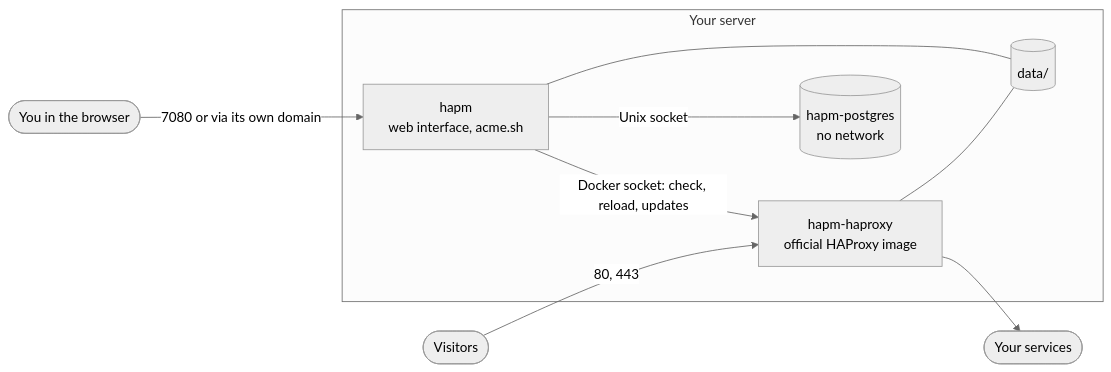
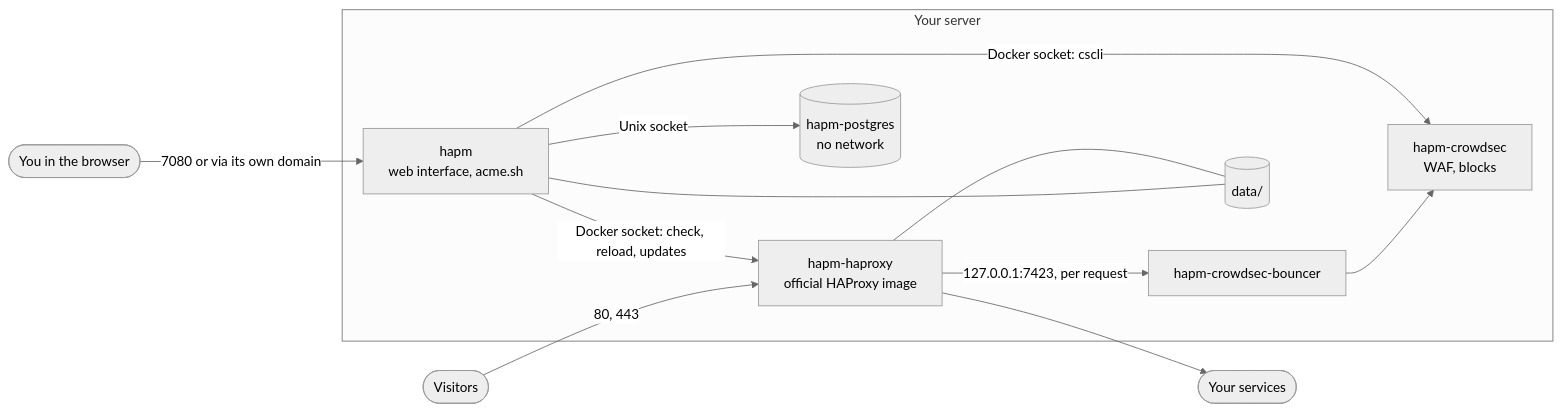
The diagram in README.en.md (tjorvenhu/HAPM), drawn with Mermaid (neutral theme) before and after one commit. The commit also changed other lines of this file and 100 other files, not shown here.

````diff
--- a/README.en.md
+++ b/README.en.md
@@ -423,18 +556,23 @@
 ```mermaid
 flowchart LR
     Visitors([Visitors]) -->|80, 443| HAProxy
     Admin([You in the browser]) -->|7080 or via its own domain| HAPM
 
     subgraph Server["Your server"]
         HAProxy["hapm-haproxy<br/>official HAProxy image"]
         HAPM["hapm<br/>web interface, acme.sh"]
         Postgres[("hapm-postgres<br/>no network")]
+        Bouncer["hapm-crowdsec-bouncer"]
+        CrowdSec["hapm-crowdsec<br/>WAF, blocks"]
         Data[("data/")]
     end
 
     HAPM -->|Docker socket: check, reload, updates| HAProxy
     HAPM -->|Unix socket| Postgres
+    HAProxy -->|127.0.0.1:7423, per request| Bouncer
+    Bouncer --> CrowdSec
+    HAPM -->|Docker socket: cscli| CrowdSec
     HAProxy --> Targets([Your services])
     HAPM --- Data
     HAProxy --- Data
 ```
````
